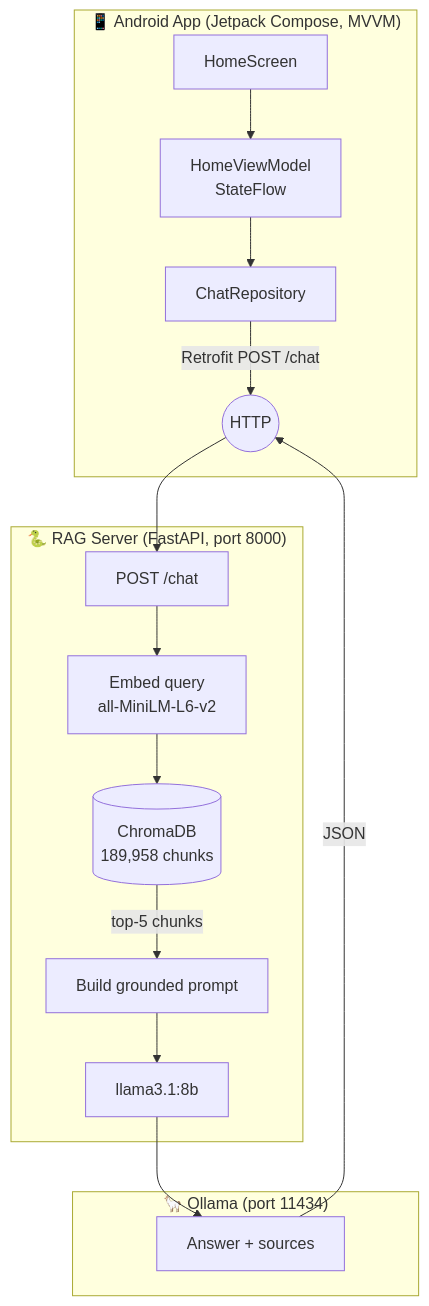
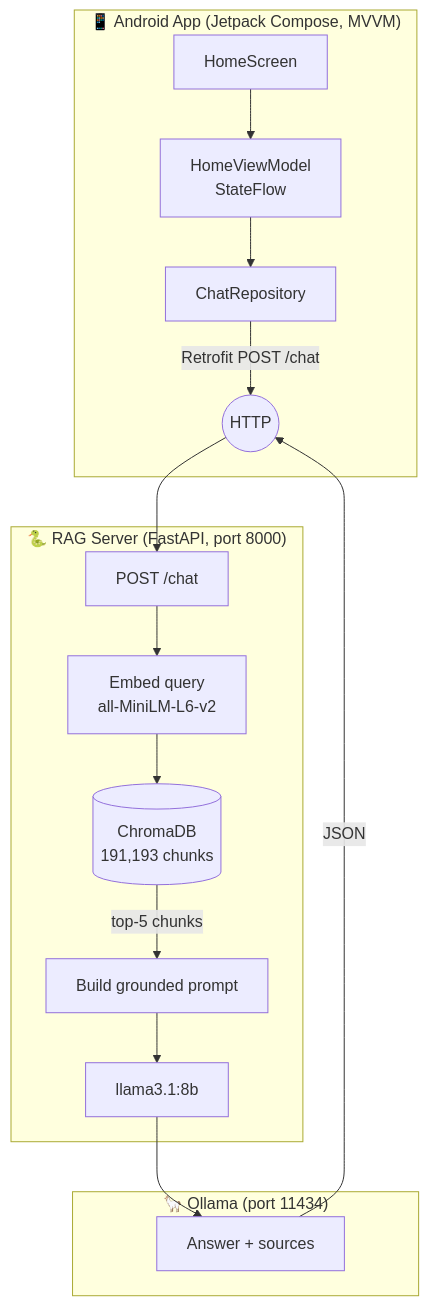
One commit to PopToTheRock/VideoGameWizard changed the first of 2 diagrams in README.md. Above: the diagram before and after it, drawn with Mermaid. The commit also changed other lines of this file and 3 other files, not shown here.

````diff
--- a/README.md
+++ b/README.md
@@ -45,23 +45,23 @@
 ```mermaid
 flowchart TD
     subgraph Device["📱 Android App (Jetpack Compose, MVVM)"]
         UI[HomeScreen] --> VM[HomeViewModel<br/>StateFlow]
         VM --> Repo[ChatRepository]
         Repo -->|Retrofit POST /chat| Net
     end
 
     Net((HTTP)) --> Server
 
     subgraph Backend["🐍 RAG Server (FastAPI, port 8000)"]
         Server[POST /chat] --> Embed[Embed query<br/>all-MiniLM-L6-v2]
-        Embed --> Chroma[(ChromaDB<br/>189,958 chunks)]
+        Embed --> Chroma[(ChromaDB<br/>191,193 chunks)]
         Chroma -->|top-5 chunks| Prompt[Build grounded prompt]
         Prompt --> Ollama
     end
 
     subgraph LLM["🦙 Ollama (port 11434)"]
         Ollama[llama3.1:8b] --> Answer[Answer + sources]
     end
 
     Answer -->|JSON| Net
 ```
````
